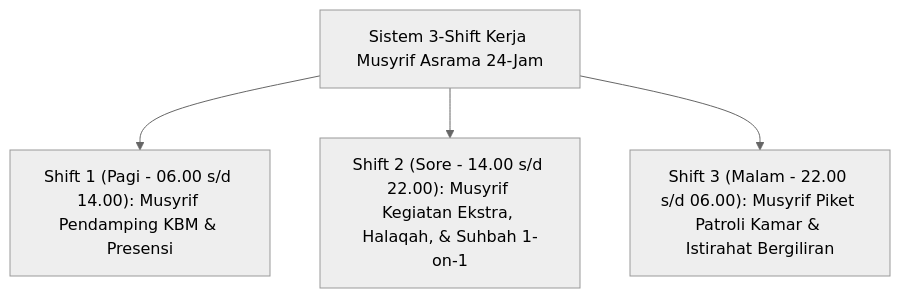
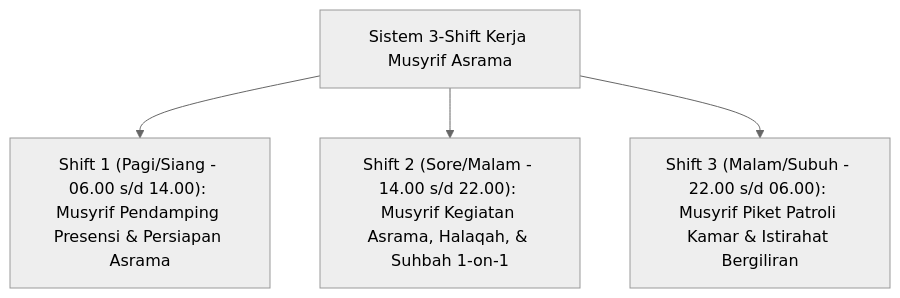
One commit to wandiapriliyandi/tumbuh changed the third of 3 diagrams in 07 Implementation Framework/Jurnal-Monograf-Riset-Struktur-Terpadu-Pengasuhan.md. Above: the diagram before and after it, drawn with Mermaid (neutral theme). The commit also changed other lines of this file and 3 other files, not shown here.

Commit message:
feat: clarify Musyrif vs Wali Kelas (Walas) duty boundaries & handover mechanism (07.00-15.00 KBM vs 15.00-07.00 Asrama)

````diff
--- a/07 Implementation Framework/Jurnal-Monograf-Riset-Struktur-Terpadu-Pengasuhan.md
+++ b/07 Implementation Framework/Jurnal-Monograf-Riset-Struktur-Terpadu-Pengasuhan.md
@@ -92,7 +85,7 @@
 ```mermaid
 graph TD
-    ShiftSystem["Sistem 3-Shift Kerja Musyrif Asrama 24-Jam"]
-    ShiftSystem --> ShiftPagi["Shift 1 (Pagi - 06.00 s/d 14.00): Musyrif Pendamping KBM & Presensi"]
-    ShiftSystem --> ShiftSore["Shift 2 (Sore - 14.00 s/d 22.00): Musyrif Kegiatan Ekstra, Halaqah, & Suhbah 1-on-1"]
-    ShiftSystem --> ShiftMalam["Shift 3 (Malam - 22.00 s/d 06.00): Musyrif Piket Patroli Kamar & Istirahat Bergiliran"]
+    ShiftSystem["Sistem 3-Shift Kerja Musyrif Asrama"]
+    ShiftSystem --> ShiftPagi["Shift 1 (Pagi/Siang - 06.00 s/d 14.00): Musyrif Pendamping Presensi & Persiapan Asrama"]
+    ShiftSystem --> ShiftSore["Shift 2 (Sore/Malam - 14.00 s/d 22.00): Musyrif Kegiatan Asrama, Halaqah, & Suhbah 1-on-1"]
+    ShiftSystem --> ShiftMalam["Shift 3 (Malam/Subuh - 22.00 s/d 06.00): Musyrif Piket Patroli Kamar & Istirahat Bergiliran"]
 ```
````
